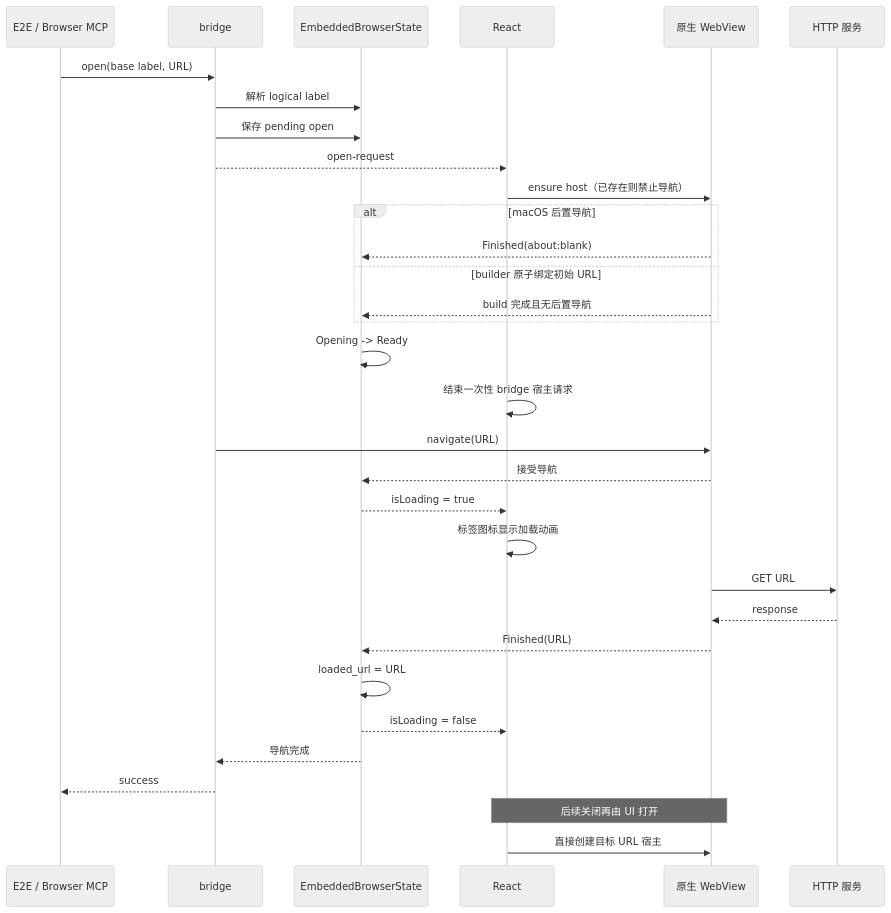
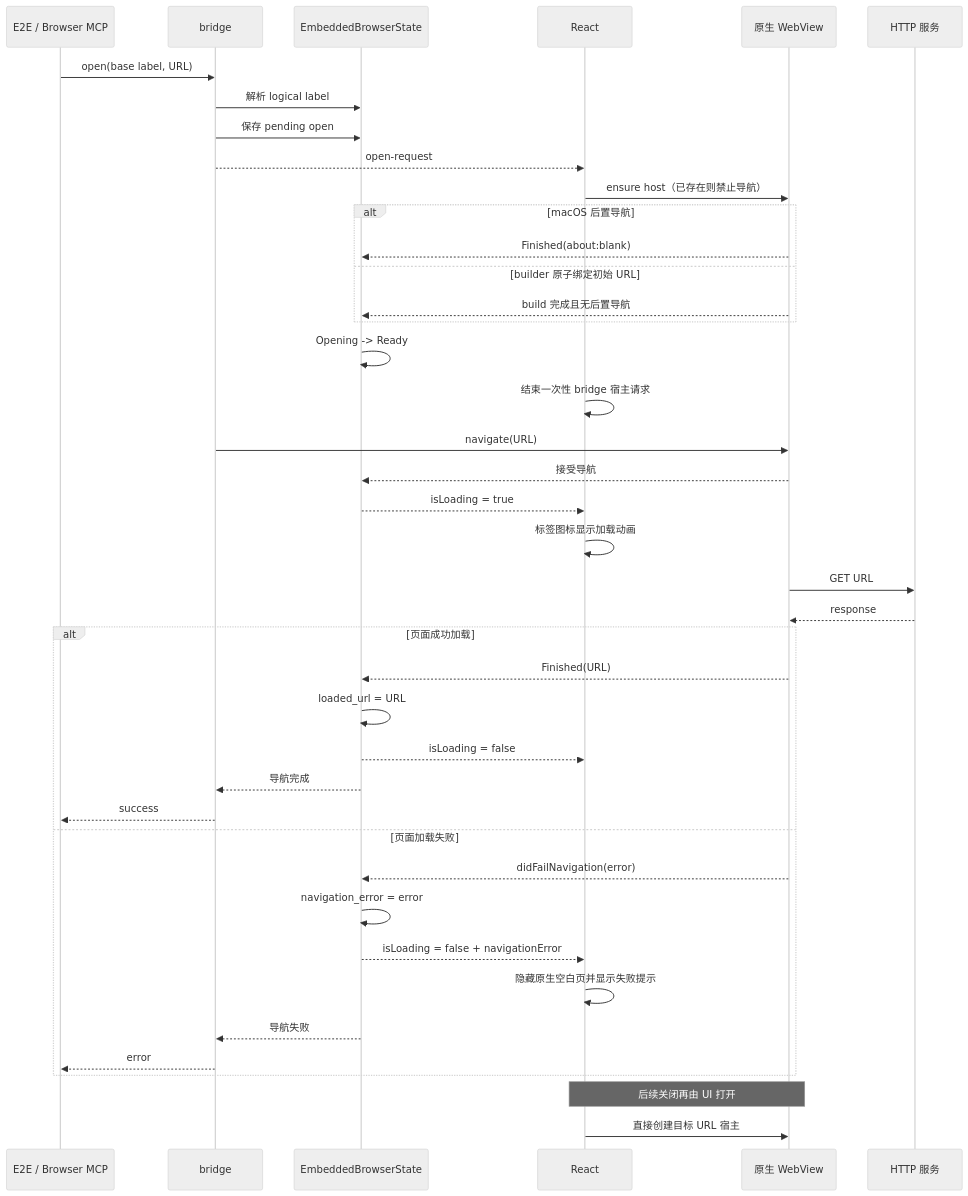
The second of 2 diagrams in docs/zh/architecture/embedded-browser.md (wecode-ai/Wegent), drawn with Mermaid (neutral theme) before and after one commit. The commit also changed other lines of this file and 10 other files, not shown here.

````diff
--- a/docs/zh/architecture/embedded-browser.md
+++ b/docs/zh/architecture/embedded-browser.md
@@ -33,36 +36,45 @@
 ```mermaid
 sequenceDiagram
     participant C as E2E / Browser MCP
     participant B as bridge
     participant S as EmbeddedBrowserState
     participant R as React
     participant W as 原生 WebView
     participant H as HTTP 服务
 
     C->>B: open(base label, URL)
     B->>S: 解析 logical label
     B->>S: 保存 pending open
     B-->>R: open-request
     R->>W: ensure host（已存在则禁止导航）
     alt macOS 后置导航
         W-->>S: Finished(about:blank)
     else builder 原子绑定初始 URL
         W-->>S: build 完成且无后置导航
     end
     S->>S: Opening -> Ready
     R->>R: 结束一次性 bridge 宿主请求
     B->>W: navigate(URL)
     W-->>S: 接受导航
     S-->>R: isLoading = true
     R->>R: 标签图标显示加载动画
     W->>H: GET URL
     H-->>W: response
-    W-->>S: Finished(URL)
-    S->>S: loaded_url = URL
-    S-->>R: isLoading = false
-    S-->>B: 导航完成
-    B-->>C: success
+    alt 页面成功加载
+        W-->>S: Finished(URL)
+        S->>S: loaded_url = URL
+        S-->>R: isLoading = false
+        S-->>B: 导航完成
+        B-->>C: success
+    else 页面加载失败
+        W-->>S: didFailNavigation(error)
+        S->>S: navigation_error = error
+        S-->>R: isLoading = false + navigationError
+        R->>R: 隐藏原生空白页并显示失败提示
+        S-->>B: 导航失败
+        B-->>C: error
+    end
 
     Note over R,W: 后续关闭再由 UI 打开
     R->>W: 直接创建目标 URL 宿主
 ```
````
